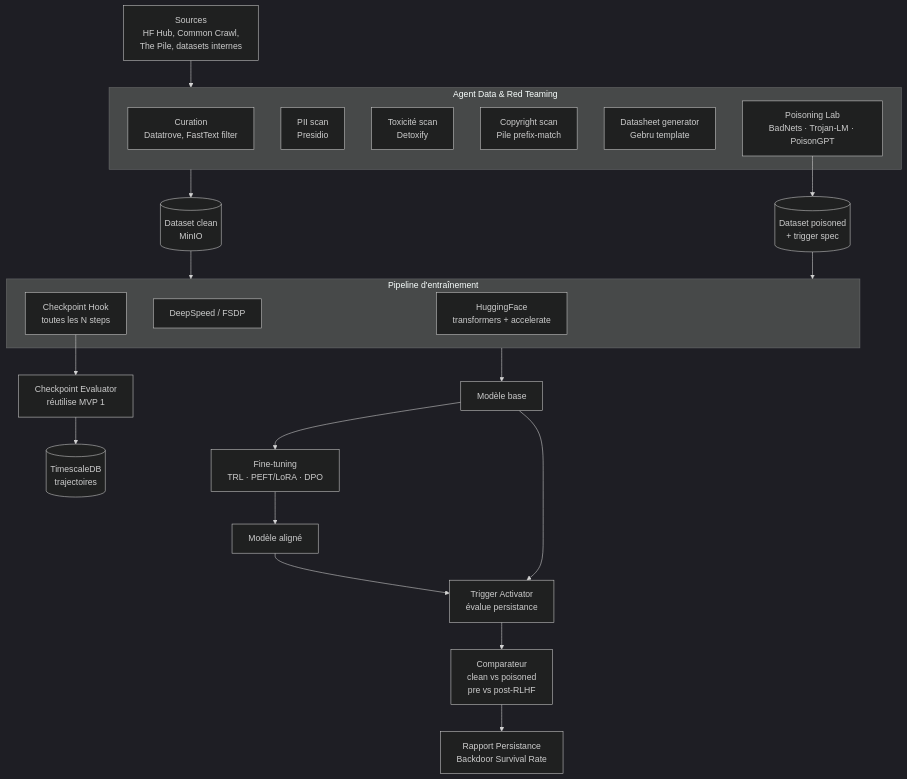
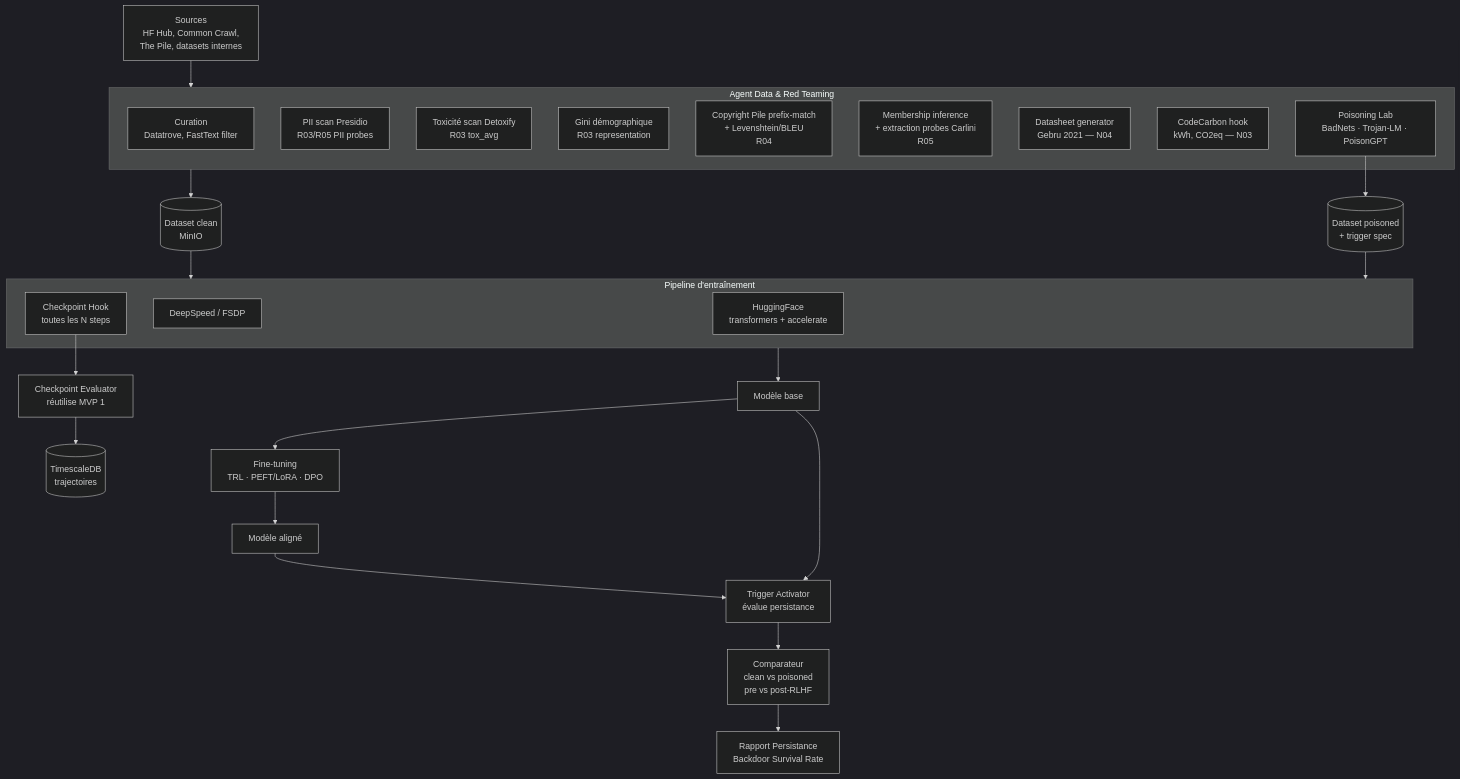
One commit to Rqbln/VERA changed the first of 3 diagrams in MVP2_laboratoire_injection.md. Above: the diagram before and after it, drawn with Mermaid (dark theme). The commit also changed other lines of this file and 9 other files, not shown here.

First line of the commit message:
Refocus roadmap and MVP documentation on accessible local open-source tooling.

````diff
--- a/MVP2_laboratoire_injection.md
+++ b/MVP2_laboratoire_injection.md
@@ -16,39 +23,42 @@
 ```mermaid
 flowchart TB
     DATASRC[Sources<br/>HF Hub, Common Crawl,<br/>The Pile, datasets internes] --> AGD
 
     subgraph AGD["Agent Data & Red Teaming"]
         D1[Curation<br/>Datatrove, FastText filter]
-        D2[PII scan<br/>Presidio]
-        D3[Toxicité scan<br/>Detoxify]
-        D4[Copyright scan<br/>Pile prefix-match]
-        D5[Datasheet generator<br/>Gebru template]
+        D2[PII scan Presidio<br/>R03/R05 PII probes]
+        D3[Toxicité scan Detoxify<br/>R03 tox_avg]
+        D4[Gini démographique<br/>R03 representation]
+        D5[Copyright Pile prefix-match<br/>+ Levenshtein/BLEU<br/>R04]
+        D6[Membership inference<br/>+ extraction probes Carlini<br/>R05]
+        D7[Datasheet generator<br/>Gebru 2021 — N04]
+        D8[CodeCarbon hook<br/>kWh, CO2eq — N03]
         POIS["Poisoning Lab<br/>BadNets · Trojan-LM · PoisonGPT"]
     end
 
     AGD --> CLEAN[(Dataset clean<br/>MinIO)]
     POIS --> DIRTY[(Dataset poisoned<br/>+ trigger spec)]
 
     CLEAN --> TRAIN
     DIRTY --> TRAIN
 
     subgraph TRAIN["Pipeline d'entraînement"]
         T1[HuggingFace<br/>transformers + accelerate]
         T2[DeepSpeed / FSDP]
         T3[Checkpoint Hook<br/>toutes les N steps]
     end
 
     T3 --> CHKEVAL[Checkpoint Evaluator<br/>réutilise MVP 1]
     CHKEVAL --> TS[(TimescaleDB<br/>trajectoires)]
 
     TRAIN --> BASE[Modèle base]
 
     BASE --> FT[Fine-tuning<br/>TRL · PEFT/LoRA · DPO]
     FT --> ALIGNED[Modèle aligné]
 
     ALIGNED --> TRIGGER[Trigger Activator<br/>évalue persistance]
     BASE --> TRIGGER
 
     TRIGGER --> COMPARE[Comparateur<br/>clean vs poisoned<br/>pre vs post-RLHF]
     COMPARE --> REPORT[Rapport Persistance<br/>Backdoor Survival Rate]
 ```
````
